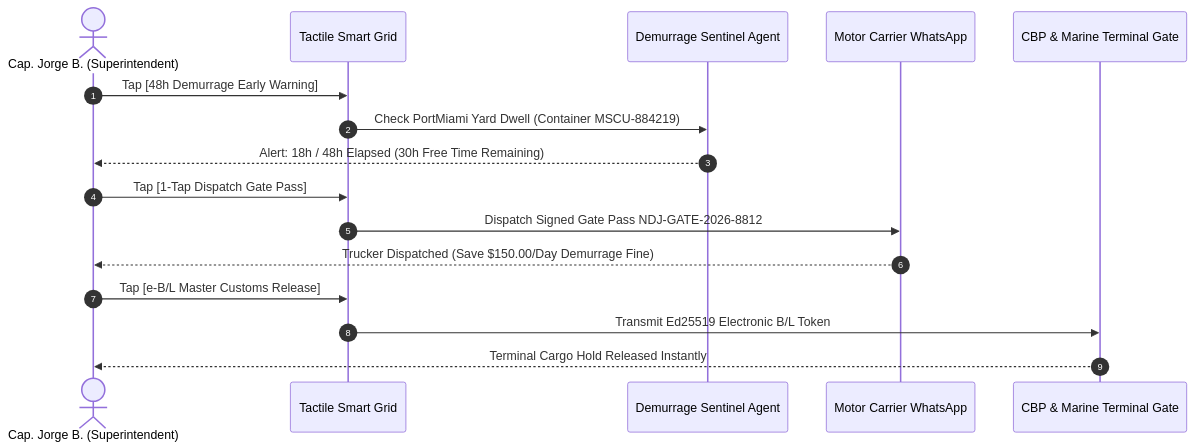
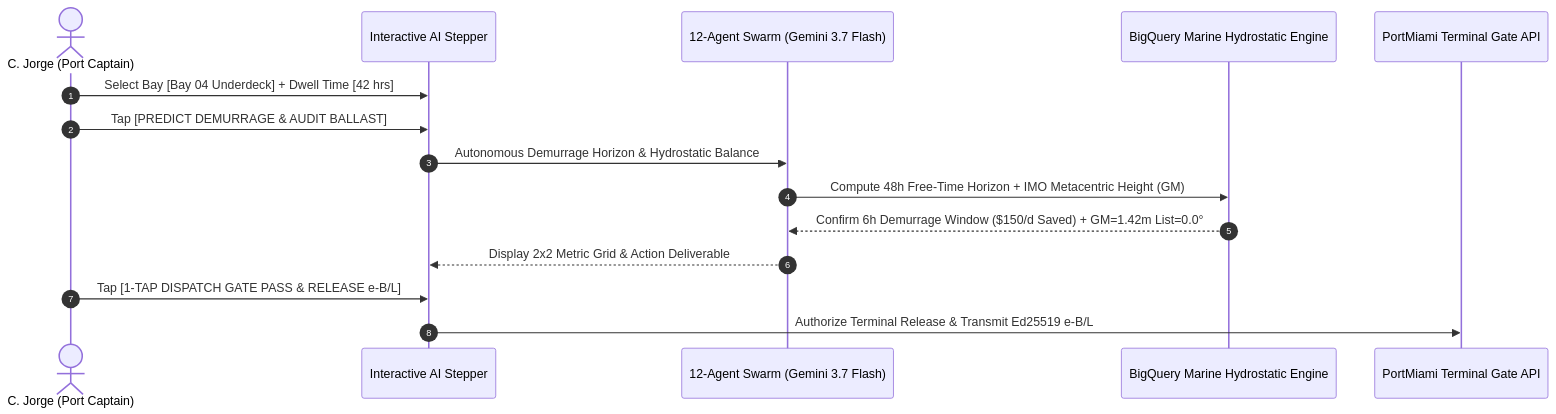
One commit to CostaCloudSA/all-things-logistics changed the diagram in docs/demos/DEMO_4_NAVIERA_DON_JORGE_OCEAN_LINE.md. Above: the diagram before and after it, drawn with Mermaid. The commit also changed other lines of this file and 8 other files, not shown here.

Commit message:
feat: multi-step interactive AI demos with smart chips, numerical inputs & under-construction guide modals

````diff
--- a/docs/demos/DEMO_4_NAVIERA_DON_JORGE_OCEAN_LINE.md
+++ b/docs/demos/DEMO_4_NAVIERA_DON_JORGE_OCEAN_LINE.md
@@ -32,19 +35,18 @@
 ```mermaid
 sequenceDiagram
     autonumber
-    actor Super as Cap. Jorge B. (Superintendent)
-    participant Grid as Tactile Smart Grid
-    participant Sentinel as Demurrage Sentinel Agent
-    participant Drayage as Motor Carrier WhatsApp
-    participant Customs as CBP & Marine Terminal Gate
+    actor Captain as C. Jorge (Port Captain)
+    participant UI as Interactive AI Stepper
+    participant Swarm as 12-Agent Swarm (Gemini 3.7 Flash)
+    participant BQ as BigQuery Marine Hydrostatic Engine
+    participant Port as PortMiami Terminal Gate API
 
-    Super->>Grid: Tap [48h Demurrage Early Warning]
-    Grid->>Sentinel: Check PortMiami Yard Dwell (Container MSCU-884219)
-    Sentinel-->>Super: Alert: 18h / 48h Elapsed (30h Free Time Remaining)
-    Super->>Grid: Tap [1-Tap Dispatch Gate Pass]
-    Grid->>Drayage: Dispatch Signed Gate Pass NDJ-GATE-2026-8812
-    Drayage-->>Super: Trucker Dispatched (Save $150.00/Day Demurrage Fine)
-    Super->>Grid: Tap [e-B/L Master Customs Release]
-    Grid->>Customs: Transmit Ed25519 Electronic B/L Token
-    Customs-->>Super: Terminal Cargo Hold Released Instantly
+    Captain->>UI: Select Bay [Bay 04 Underdeck] + Dwell Time [42 hrs]
+    Captain->>UI: Tap [PREDICT DEMURRAGE & AUDIT BALLAST]
+    UI->>Swarm: Autonomous Demurrage Horizon & Hydrostatic Balance
+    Swarm->>BQ: Compute 48h Free-Time Horizon + IMO Metacentric Height (GM)
+    BQ-->>Swarm: Confirm 6h Demurrage Window ($150/d Saved) + GM=1.42m List=0.0°
+    Swarm-->>UI: Display 2x2 Metric Grid & Action Deliverable
+    Captain->>UI: Tap [1-TAP DISPATCH GATE PASS & RELEASE e-B/L]
+    UI->>Port: Authorize Terminal Release & Transmit Ed25519 e-B/L
 ```
````
